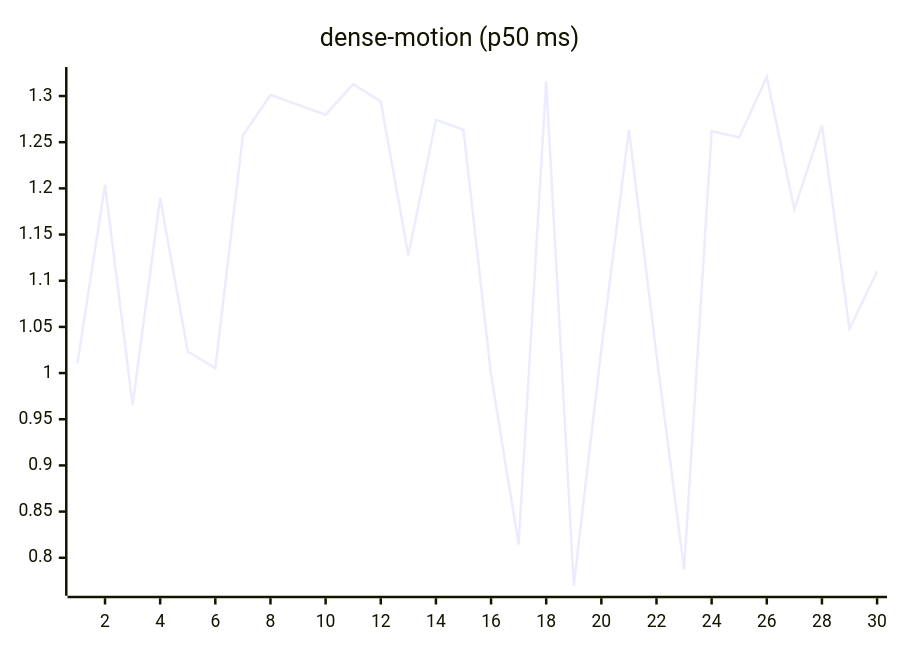
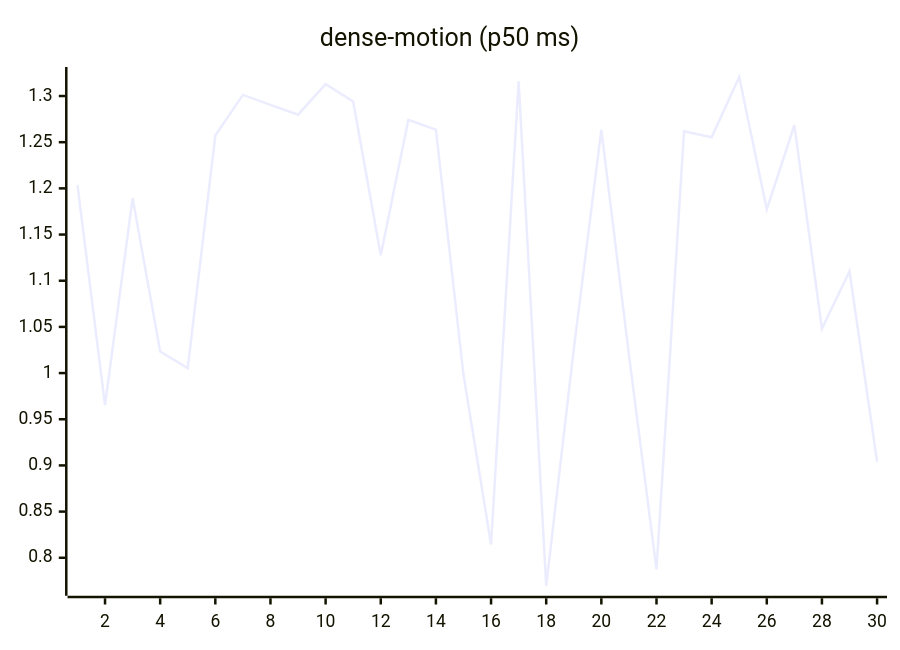
The ninth of 27 diagrams in README.md (josha/Facet), drawn with Mermaid before and after one commit. The commit also changed other lines of this file and 2 other files, not shown here.

````diff
--- a/README.md
+++ b/README.md
@@ -119,6 +119,6 @@
 ```mermaid
 xychart-beta
     title "dense-motion (p50 ms)"
     x-axis 1 --> 30
-    line [1.0105, 1.2037, 0.9653, 1.1895, 1.0233, 1.0054, 1.2572, 1.3012, 1.2904, 1.2798, 1.3128, 1.2940, 1.1276, 1.2742, 1.2636, 0.9981, 0.8144, 1.3160, 0.7697, 1.0258, 1.2636, 1.0200, 0.7874, 1.2619, 1.2553, 1.3206, 1.1772, 1.2685, 1.0480, 1.1102]
+    line [1.2037, 0.9653, 1.1895, 1.0233, 1.0054, 1.2572, 1.3012, 1.2904, 1.2798, 1.3128, 1.2940, 1.1276, 1.2742, 1.2636, 0.9981, 0.8144, 1.3160, 0.7697, 1.0258, 1.2636, 1.0200, 0.7874, 1.2619, 1.2553, 1.3206, 1.1772, 1.2685, 1.0480, 1.1102, 0.9040]
 ```
````
